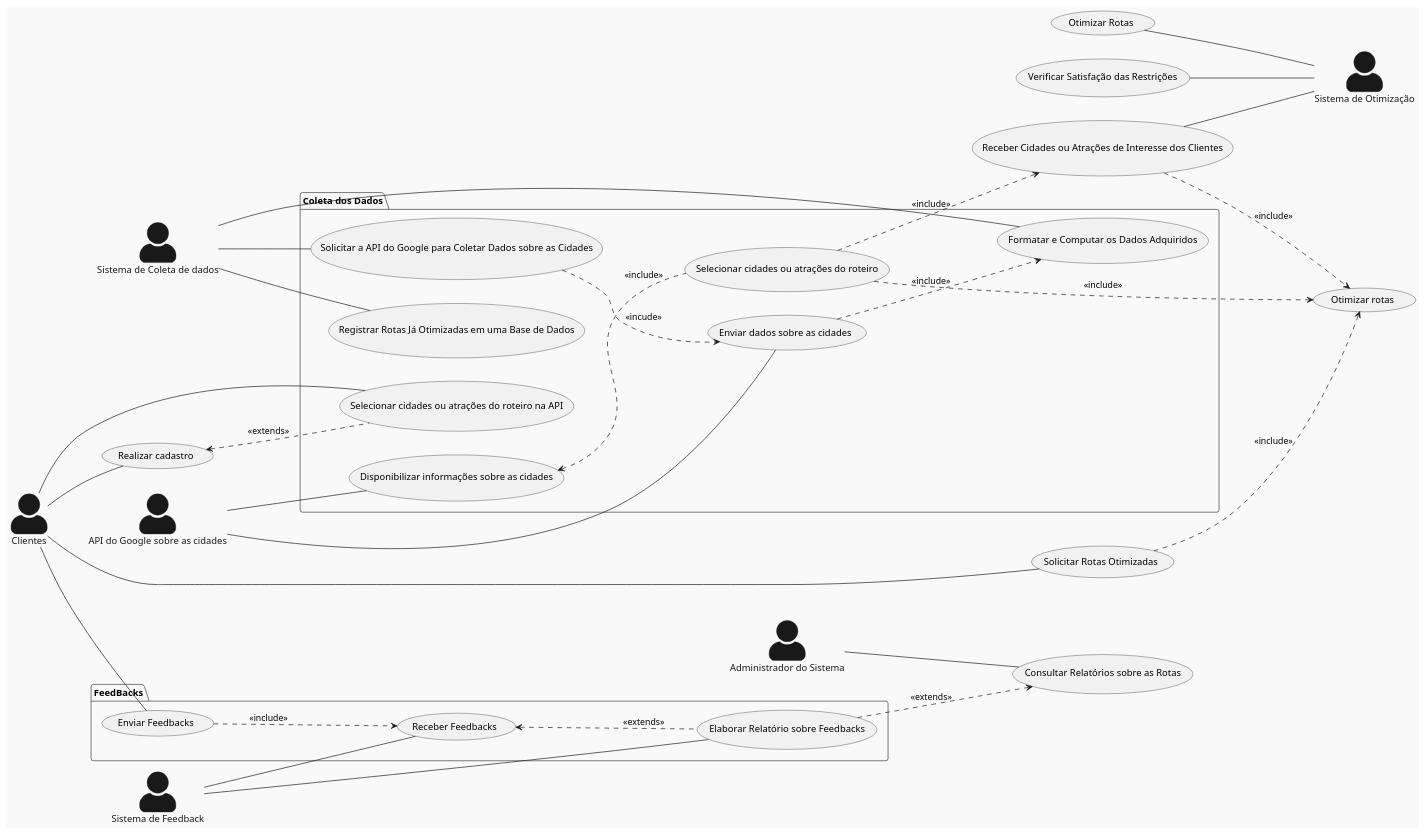
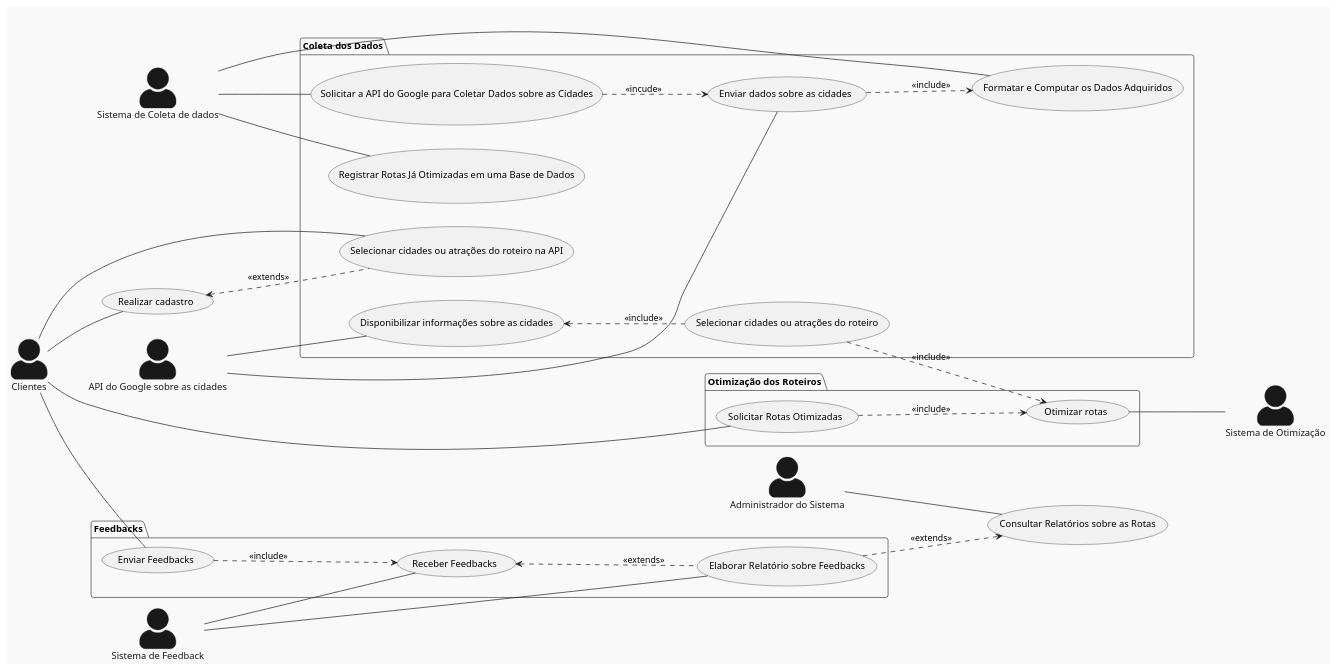
One commit to pedrodilallo/site_turismo_SIG changed the diagram in Relatório/Semana-1/Diagramas/DCU.md. Above: the diagram before and after it, drawn with PlantUML. The commit also changed 1 other file, not shown here.

Commit message:
Mais correções DCU

```diff
--- a/Relatório/Semana-1/Diagramas/DCU.md
+++ b/Relatório/Semana-1/Diagramas/DCU.md
@@ -1,67 +1,67 @@
 @startuml
 skinparam actorStyle awesome
 !theme mars
 left to right direction
 
 actor "Clientes" as cliente
 actor "API do Google sobre as cidades" as API
 actor "Sistema de Otimização" as  otimizador
 actor "Administrador do Sistema" as sys_admin
 actor "Sistema de Feedback" as feedback
 actor "Sistema de Coleta de dados" as coletador
 
+cliente -- (Realizar cadastro)
+
+
 package "Coleta dos Dados"{
 cliente -- (Selecionar cidades ou atrações do roteiro na API)
 
 coletador -- (Solicitar a API do Google para Coletar Dados sobre as Cidades)
 coletador -- (Registrar Rotas Já Otimizadas em uma Base de Dados)
 coletador -- (Formatar e Computar os Dados Adquiridos)
 API -- (Enviar dados sobre as cidades)
 API -- (Disponibilizar informações sobre as cidades)
 (Disponibilizar informações sobre as cidades) <.. (Selecionar cidades ou atrações do roteiro) : <<include>>
 
 
+
 }
 
 
-cliente -- (Realizar cadastro)
+package "Otimização dos Roteiros"{
 cliente -- (Solicitar Rotas Otimizadas)
+(Otimizar rotas) -- otimizador 
+(Solicitar Rotas Otimizadas) ..> (Otimizar rotas) : <<include>>
+(Selecionar cidades ou atrações do roteiro) ..> (Otimizar rotas): <<include>>
+(Solicitar a API do Google para Coletar Dados sobre as Cidades) ..> (Enviar dados sobre as cidades) : <<incude>>
+
+
+}
 
 
 
 sys_admin -- (Consultar Relatórios sobre as Rotas)
 
-(Receber Cidades ou Atrações de Interesse dos Clientes) -- otimizador 
-(Otimizar Rotas) -- otimizador 
-(Verificar Satisfação das Restrições) -- otimizador 
-(Solicitar Rotas Otimizadas) ..> (Otimizar rotas) : <<include>>
 
 
 
 (Realizar cadastro) <.. (Selecionar cidades ou atrações do roteiro na API) : <<extends>>
+(Enviar dados sobre as cidades) ..> (Formatar e Computar os Dados Adquiridos) : <<include>>
 
-(Enviar dados sobre as cidades) ..> (Formatar e Computar os Dados Adquiridos) : <<include>>
-(Selecionar cidades ou atrações do roteiro) ..>  (Receber Cidades ou Atrações de Interesse dos Clientes) : <<include>>
 
-(Selecionar cidades ou atrações do roteiro) ..> (Otimizar rotas): <<include>>
-
-(Receber Cidades ou Atrações de Interesse dos Clientes) ..> (Otimizar rotas): <<include>>
-
-(Solicitar a API do Google para Coletar Dados sobre as Cidades) ..> (Enviar dados sobre as cidades) : <<incude>>
-
-package "FeedBacks"{
+package "Feedbacks"{
 
 (Enviar Feedbacks) ..> (Receber Feedbacks) : <<include>>
 (Receber Feedbacks) <.. (Elaborar Relatório sobre Feedbacks) : <<extends>>
 (Elaborar Relatório sobre Feedbacks) ..> (Consultar Relatórios sobre as Rotas) : <<extends>>
 cliente -- (Enviar Feedbacks)
 feedback -- (Receber Feedbacks)
 feedback -- (Elaborar Relatório sobre Feedbacks)
 
 
 
 }
 
 
 
 @enduml
```
